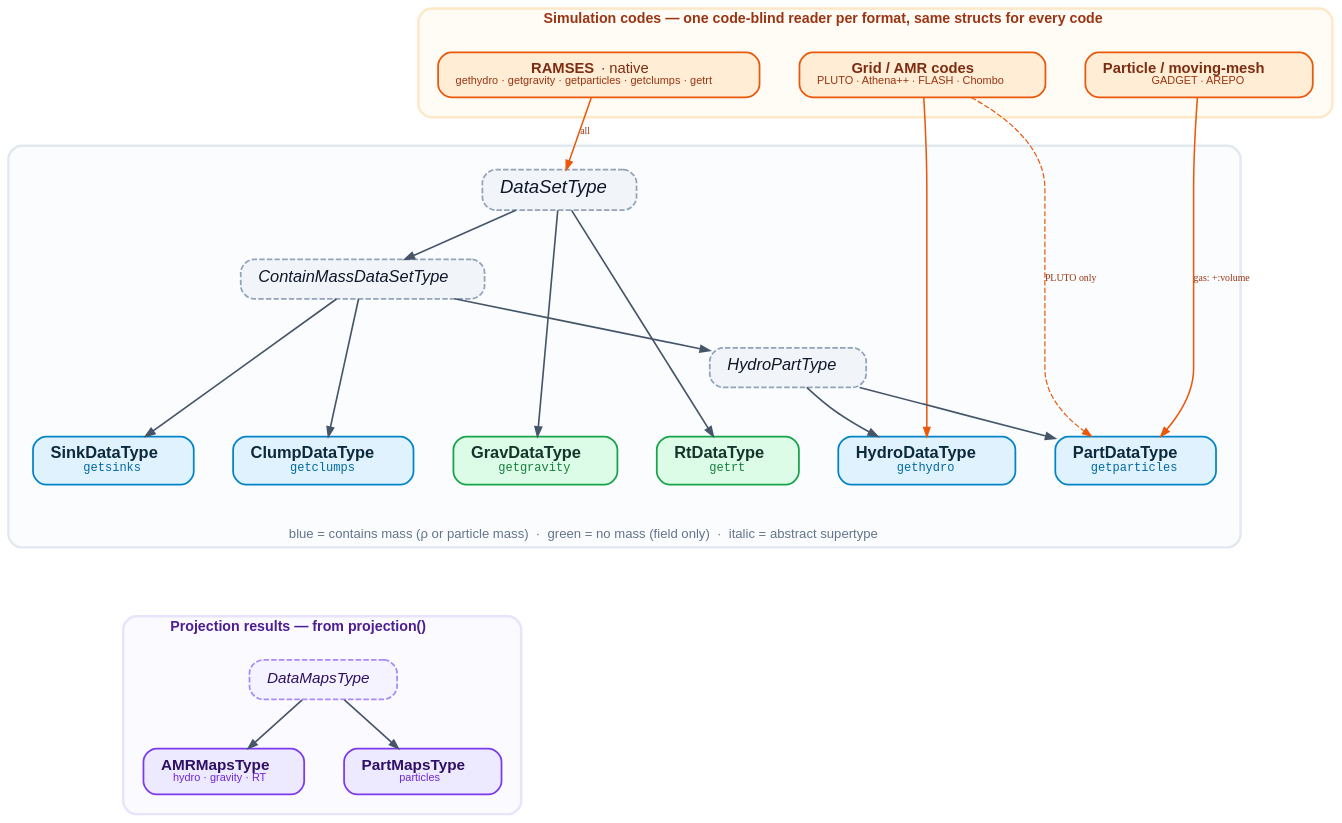
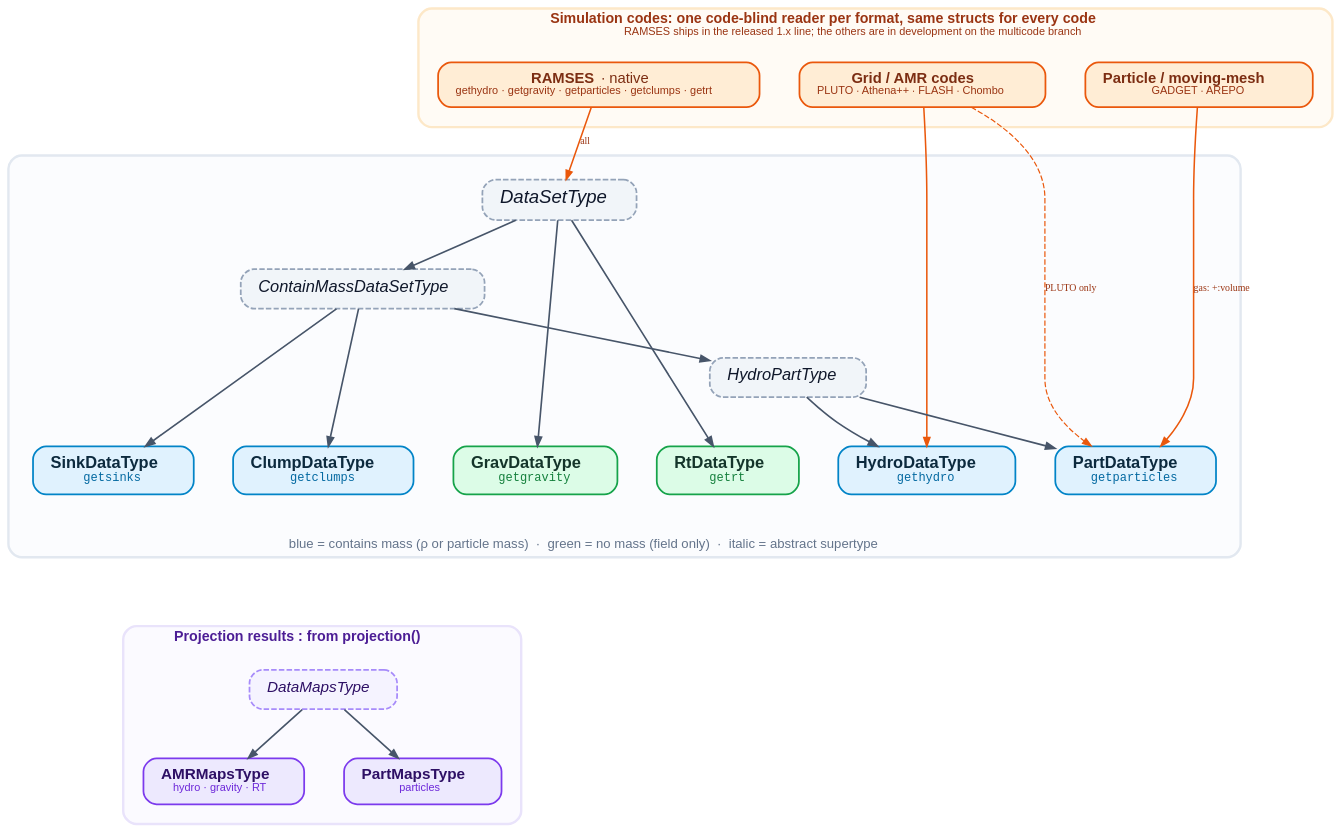
Before and after one commit to ManuelBehrendt/Mera.jl: the diagram in docs/type_hierarchy.dot, drawn with Graphviz. The commit also changed 4 other files, not shown here.

```diff
--- a/docs/type_hierarchy.dot
+++ b/docs/type_hierarchy.dot
@@ -1,109 +1,109 @@
-// Mera.jl type families — source for docs/src/assets/TypeHierarchy.png
+// Mera.jl type families : source for docs/src/assets/TypeHierarchy.png
 // Render: dot -Tpng -Gdpi=170 docs/type_hierarchy.dot -o docs/src/assets/TypeHierarchy.png
 //
 // Top card  : simulation codes (code-blind frontends) → which structs they populate.
 // Mid card  : DataSetType hierarchy (data sources), regenerate after ANY change to the
 //             type tree in src/types.jl; test/81 compares the two. Abstract = italic/dashed; concrete
 //             = filled card + loader. Blue = contains mass, green = massless field.
 // Bottom card: DataMapsType (projection results). AMR maps are shared by hydro/gravity/RT;
 //             particle projections return PartMapsType.
 digraph TypeHierarchy {
     rankdir=TB;
     bgcolor="transparent";
     pad=0.25;
     nodesep=0.5;
     ranksep=0.6;
     fontname="Helvetica";
     edge [color="#475569", arrowsize=0.85, penwidth=1.5];
     node [fontname="Helvetica", shape=box, style="rounded,filled", penwidth=1.6, margin="0.22,0.12"];
 
     // ───────────────── simulation codes (code-blind frontends) ─────────────────
     subgraph cluster_codes {
         style="rounded,filled";
         fillcolor="#fffbf5";
         color="#fde8c8";
         penwidth=2.2;
         margin=18;
         labelloc="t";
-        label=<<FONT POINT-SIZE="13" COLOR="#9a3412"><B>Simulation codes — one code-blind reader per format, same structs for every code</B></FONT>>;
+        label=<<FONT POINT-SIZE="13" COLOR="#9a3412"><B>Simulation codes: one code-blind reader per format, same structs for every code</B><BR/><FONT POINT-SIZE="10">RAMSES ships in the released 1.x line; the others are in development on the multicode branch</FONT></FONT>>;
 
         node [style="rounded,filled", fillcolor="#ffedd5", color="#ea580c", fontcolor="#7c2d12", fontsize=13.5];
         RamsesCode [label=<<B>RAMSES</B> &#8729; native<BR/><FONT POINT-SIZE="10.5" COLOR="#9a3412">gethydro · getgravity · getparticles · getclumps · getrt</FONT>>];
         GridCodes  [label=<<B>Grid / AMR codes</B><BR/><FONT POINT-SIZE="10.5" COLOR="#9a3412">PLUTO &#8729; Athena++ &#8729; FLASH &#8729; Chombo</FONT>>];
         PartCodes  [label=<<B>Particle / moving-mesh</B><BR/><FONT POINT-SIZE="10.5" COLOR="#9a3412">GADGET &#8729; AREPO</FONT>>];
         { rank=same; RamsesCode; GridCodes; PartCodes; }
     }
 
     // ───────────────── data sources ─────────────────
     subgraph cluster_data {
         style="rounded,filled";
         fillcolor="#fbfcfe";
         color="#e2e8f0";
         penwidth=2.2;
         margin=22;
         labelloc="b";
         label=<<FONT POINT-SIZE="12.5" COLOR="#64748b"><BR/>blue = contains mass (ρ or particle mass)&#160;&#160;·&#160;&#160;green = no mass (field only)&#160;&#160;·&#160;&#160;italic = abstract supertype</FONT>>;
 
         // abstract supertypes
         node [fillcolor="#f1f5f9", color="#94a3b8", style="rounded,filled,dashed", fontcolor="#0f172a"];
         DataSetType   [label=<<I>DataSetType</I>>,            fontsize=17];
         ContainMass   [label=<<I>ContainMassDataSetType</I>>, fontsize=15];
         HydroPartType [label=<<I>HydroPartType</I>>,          fontsize=15];
 
         // concrete, mass-bearing (blue)
         node [style="rounded,filled", fillcolor="#e0f2fe", color="#0284c7", fontcolor="#0c2a3e", fontsize=15];
         Hydro [label=<<B>HydroDataType</B><BR/><FONT POINT-SIZE="11" FACE="Courier" COLOR="#0369a1">gethydro</FONT>>];
         Part  [label=<<B>PartDataType</B><BR/><FONT POINT-SIZE="11" FACE="Courier" COLOR="#0369a1">getparticles</FONT>>];
         Clump [label=<<B>ClumpDataType</B><BR/><FONT POINT-SIZE="11" FACE="Courier" COLOR="#0369a1">getclumps</FONT>>];
         Sink  [label=<<B>SinkDataType</B><BR/><FONT POINT-SIZE="11" FACE="Courier" COLOR="#0369a1">getsinks</FONT>>];
 
         // concrete, massless (green)
         node [style="rounded,filled", fillcolor="#dcfce7", color="#16a34a", fontcolor="#14352a"];
         Grav [label=<<B>GravDataType</B><BR/><FONT POINT-SIZE="11" FACE="Courier" COLOR="#15803d">getgravity</FONT>>];
         Rt   [label=<<B>RtDataType</B><BR/><FONT POINT-SIZE="11" FACE="Courier" COLOR="#15803d">getrt</FONT>>];
 
         DataSetType   -> ContainMass;
         ContainMass   -> HydroPartType;
         HydroPartType -> Hydro;
         HydroPartType -> Part;
         ContainMass   -> Clump;
         ContainMass   -> Sink;
         DataSetType   -> Grav;
         DataSetType   -> Rt;
         { rank=same; Hydro; Part; Clump; Sink; Grav; Rt; }
     }
 
     // codes → the structs they fill (RAMSES feeds the whole family; grid codes → Hydro;
     // particle / moving-mesh codes → Part, with AREPO gas carrying an explicit :volume)
     edge [color="#ea580c", penwidth=1.4, arrowsize=0.8];
     RamsesCode -> DataSetType [label=<<FONT POINT-SIZE="9.5" COLOR="#9a3412">all</FONT>>];
     GridCodes  -> Hydro;
     GridCodes  -> Part [style=dashed, penwidth=1.1, label=<<FONT POINT-SIZE="9" COLOR="#9a3412">PLUTO only</FONT>>];
     PartCodes  -> Part [label=<<FONT POINT-SIZE="9.5" COLOR="#9a3412">gas: +:volume</FONT>>];
     edge [color="#475569", penwidth=1.5];
 
     // ───────────────── projection results ─────────────────
     subgraph cluster_maps {
         style="rounded,filled";
         fillcolor="#fbfaff";
         color="#e9e3fb";
         penwidth=2.2;
         margin=18;
         labelloc="t";
-        label=<<FONT POINT-SIZE="13" COLOR="#4c1d95"><B>Projection results — from projection()</B></FONT>>;
+        label=<<FONT POINT-SIZE="13" COLOR="#4c1d95"><B>Projection results : from projection()</B></FONT>>;
 
         node [fillcolor="#f5f3ff", color="#a78bfa", style="rounded,filled,dashed", fontcolor="#2e1065", fontsize=14];
         MapsAbs [label=<<I>DataMapsType</I>>];
 
         node [style="rounded,filled", fillcolor="#ede9fe", color="#7c3aed", fontcolor="#2e1065"];
         AMR   [label=<<B>AMRMapsType</B><BR/><FONT POINT-SIZE="10.5" COLOR="#6d28d9">hydro · gravity · RT</FONT>>];
         PartM [label=<<B>PartMapsType</B><BR/><FONT POINT-SIZE="10.5" COLOR="#6d28d9">particles</FONT>>];
 
         MapsAbs -> AMR;
         MapsAbs -> PartM;
         { rank=same; AMR; PartM; }
     }
 
     // anchor the results card below the data card (invisible)
     Clump -> MapsAbs [style=invis, minlen=2];
 }
```
